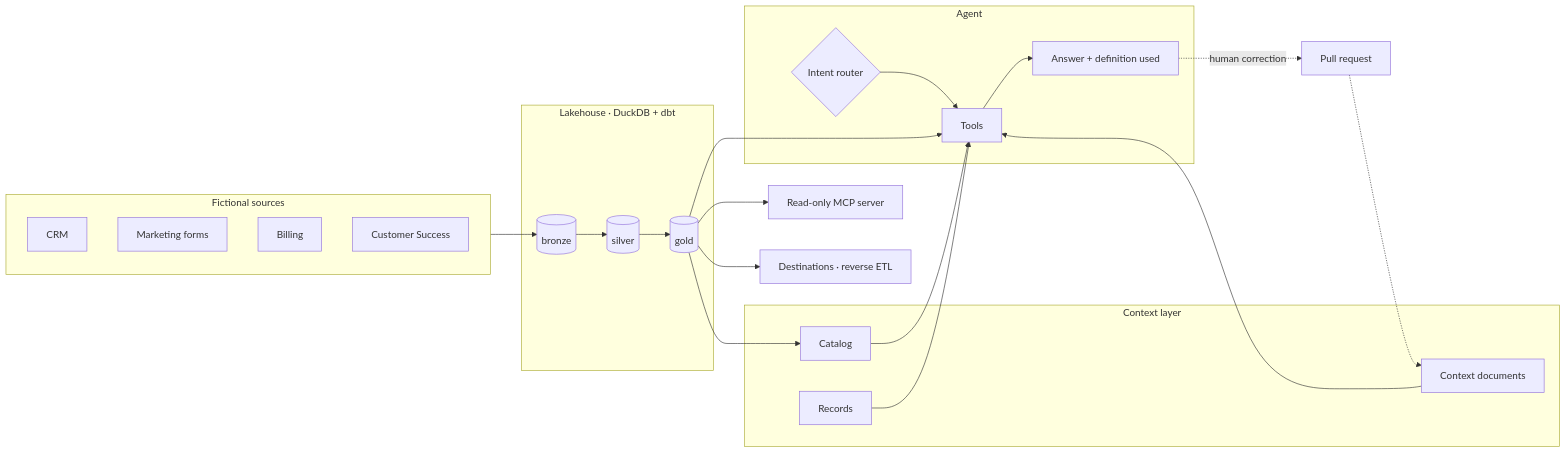
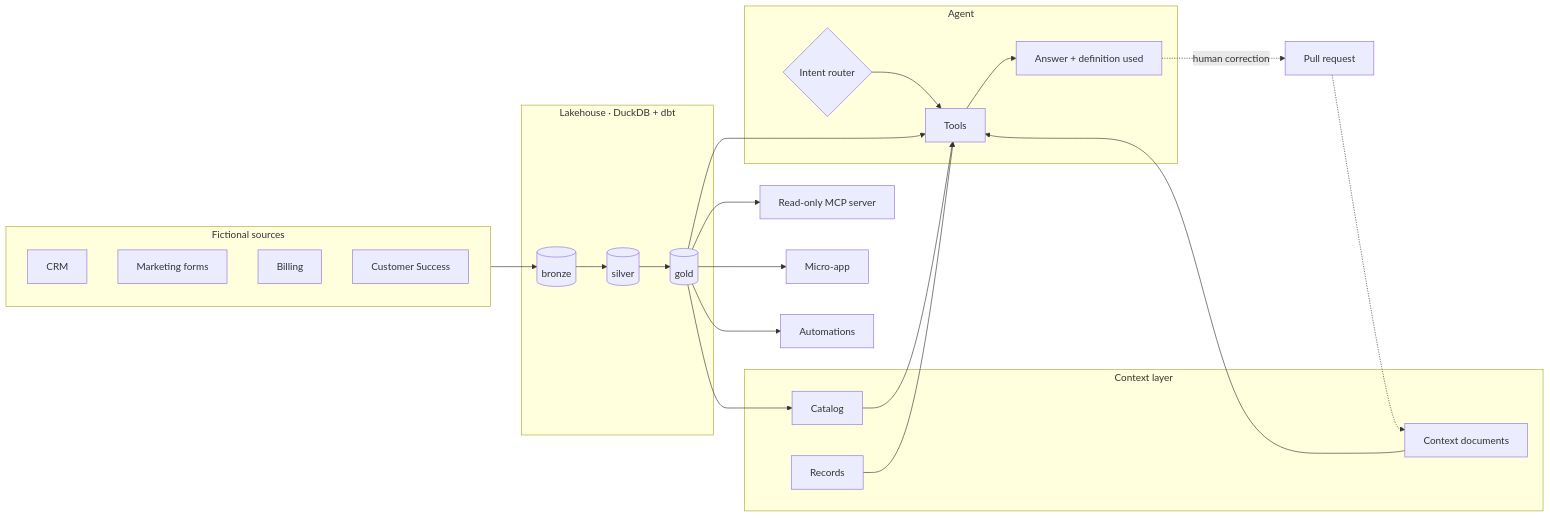
One commit to leoippolitos-svg/revops-agent changed the diagram in README.md. Above: the diagram before and after it, drawn with Mermaid. The commit also changed other lines of this file and 2 other files, not shown here.

````diff
--- a/README.md
+++ b/README.md
@@ -56,31 +145,32 @@
 ```mermaid
 flowchart LR
     subgraph SRC[Fictional sources]
         CRM[CRM]
         FORMS[Marketing forms]
         BILL[Billing]
         CS[Customer Success]
     end
 
     subgraph LH[Lakehouse · DuckDB + dbt]
         B[(bronze)] --> S[(silver)] --> G[(gold)]
     end
 
     subgraph CTX[Context layer]
         CAT[Catalog]
         DOCS[Context documents]
         REC[Records]
     end
 
     subgraph AG[Agent]
         R{Intent router} --> T[Tools]
         T --> A[Answer + definition used]
     end
 
     SRC --> B
     G --> CAT
     CAT & DOCS & REC & G --> T
     G --> MCP[Read-only MCP server]
-    G --> DEST[Destinations · reverse ETL]
+    G --> APP[Micro-app]
+    G --> AUTO[Automations]
     A -. human correction .-> PR[Pull request] -.-> DOCS
 ```
````
